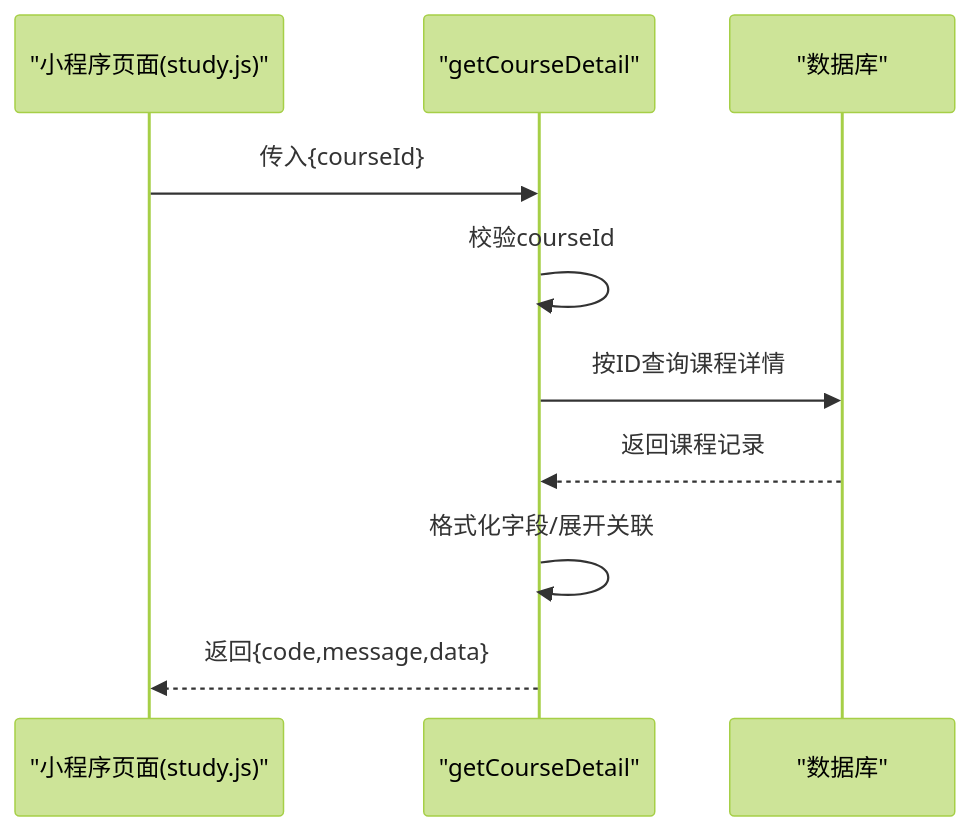
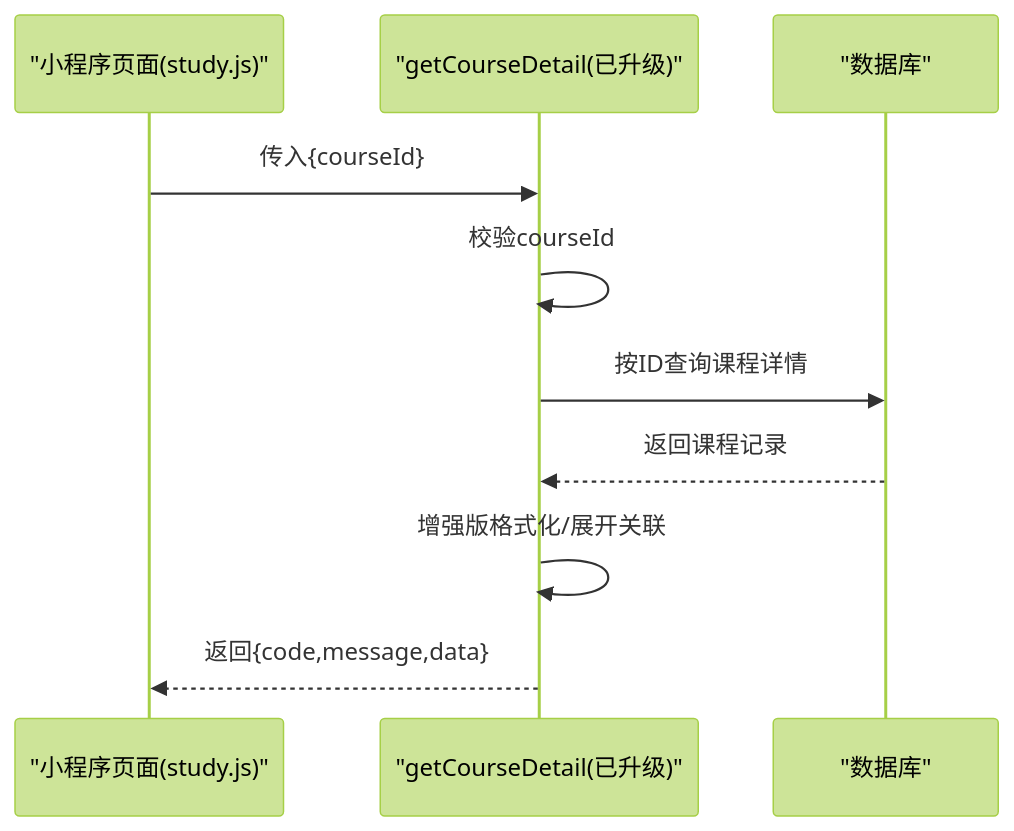
Before and after one commit to cwb7756/bio: the fourth of 5 diagrams in .qoder/repowiki/zh/content/核心功能模块/课程学习系统/课程管理模块.md, drawn with Mermaid (forest theme). The commit also changed other lines of this file and 46 other files, not shown here.

````diff
--- a/.qoder/repowiki/zh/content/核心功能模块/课程学习系统/课程管理模块.md
+++ b/.qoder/repowiki/zh/content/核心功能模块/课程学习系统/课程管理模块.md
@@ -160,12 +176,12 @@
 ```mermaid
 sequenceDiagram
 participant Page as "小程序页面(study.js)"
-participant CF as "getCourseDetail"
+participant CF as "getCourseDetail(已升级)"
 participant DB as "数据库"
 Page->>CF : 传入{courseId}
 CF->>CF : 校验courseId
 CF->>DB : 按ID查询课程详情
 DB-->>CF : 返回课程记录
-CF->>CF : 格式化字段/展开关联
+CF->>CF : 增强版格式化/展开关联
 CF-->>Page : 返回{code,message,data}
 ```
````
